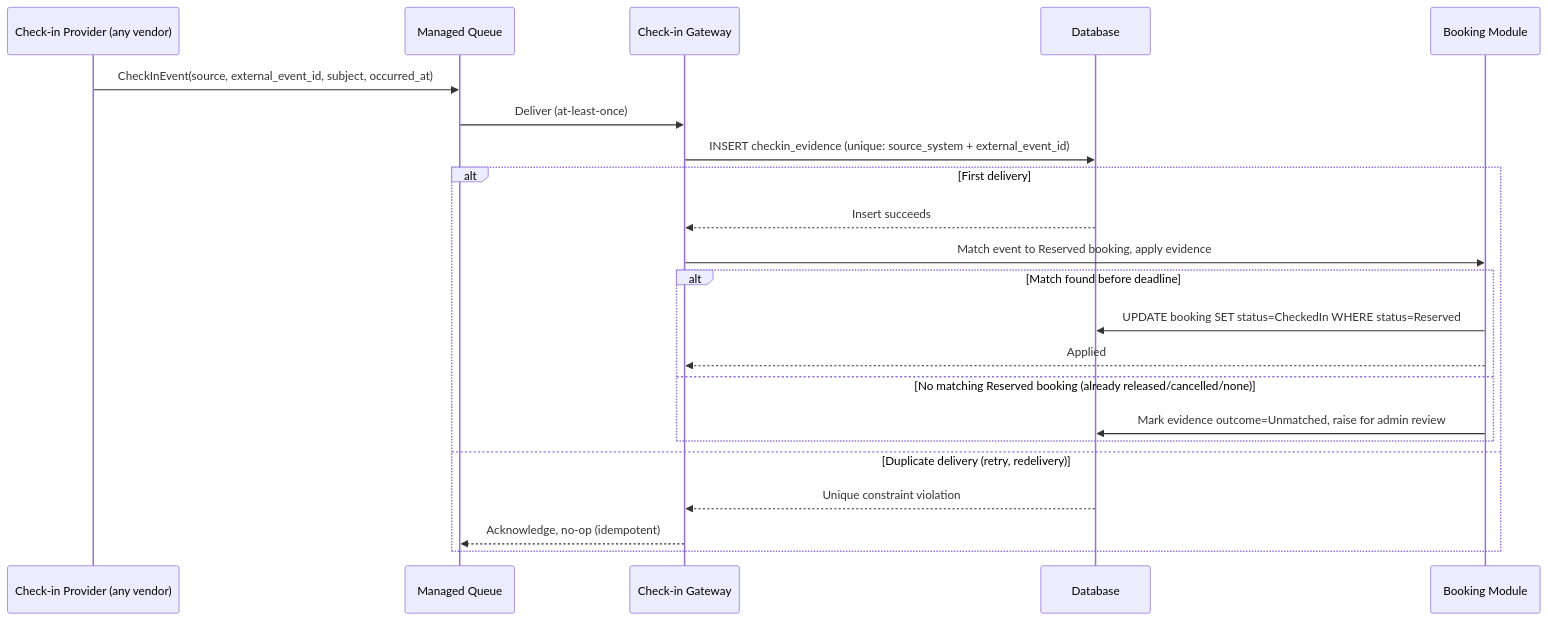
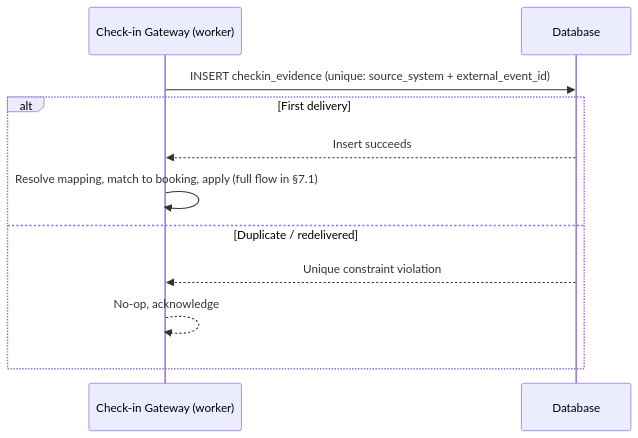
The seventh of 11 diagrams in design/smart-office-hld.md (ailic12/siliconskunk), drawn with Mermaid before and after one commit. The commit also changed other lines of this file, not shown here.

````diff
--- a/design/smart-office-hld.md
+++ b/design/smart-office-hld.md
@@ -272,25 +342,14 @@
 ```mermaid
 sequenceDiagram
-    participant P as Check-in Provider (any vendor)
-    participant Q as Managed Queue
-    participant GW as Check-in Gateway
+    participant GW as Check-in Gateway (worker)
     participant DB as Database
-    participant BM as Booking Module
 
-    P->>Q: CheckInEvent(source, external_event_id, subject, occurred_at)
-    Q->>GW: Deliver (at-least-once)
     GW->>DB: INSERT checkin_evidence (unique: source_system + external_event_id)
     alt First delivery
         DB-->>GW: Insert succeeds
-        GW->>BM: Match event to Reserved booking, apply evidence
-        alt Match found before deadline
-            BM->>DB: UPDATE booking SET status=CheckedIn WHERE status=Reserved
-            BM-->>GW: Applied
-        else No matching Reserved booking (already released/cancelled/none)
-            BM->>DB: Mark evidence outcome=Unmatched, raise for admin review
-        end
-    else Duplicate delivery (retry, redelivery)
+        GW->>GW: Resolve mapping, match to booking, apply (full flow in §7.1)
+    else Duplicate / redelivered
         DB-->>GW: Unique constraint violation
-        GW-->>Q: Acknowledge, no-op (idempotent)
+        GW-->>GW: No-op, acknowledge
     end
 ```
````
